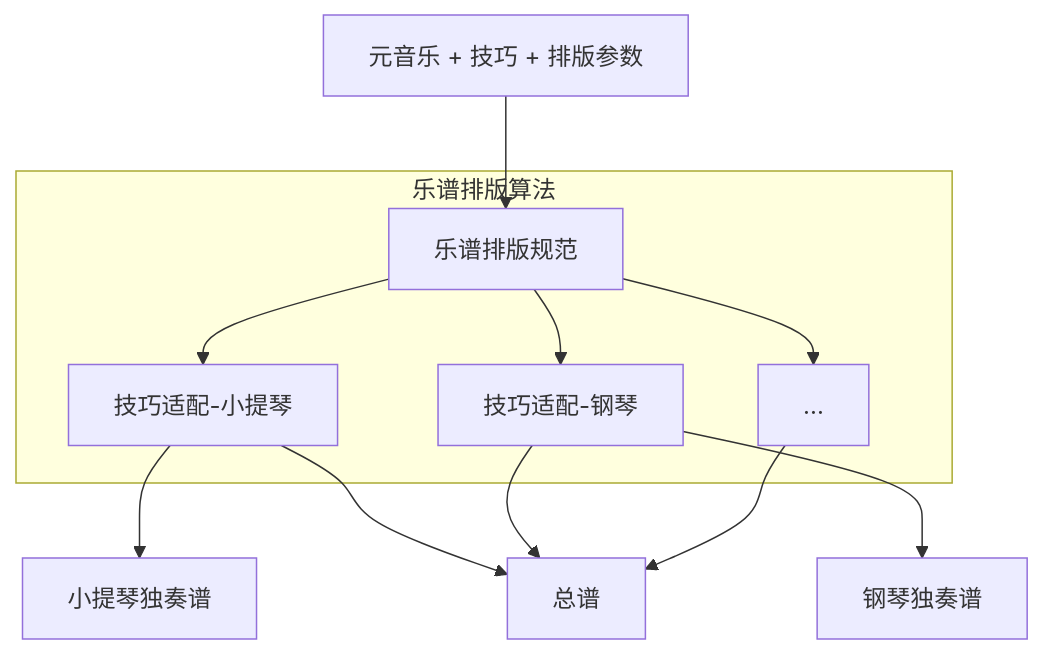
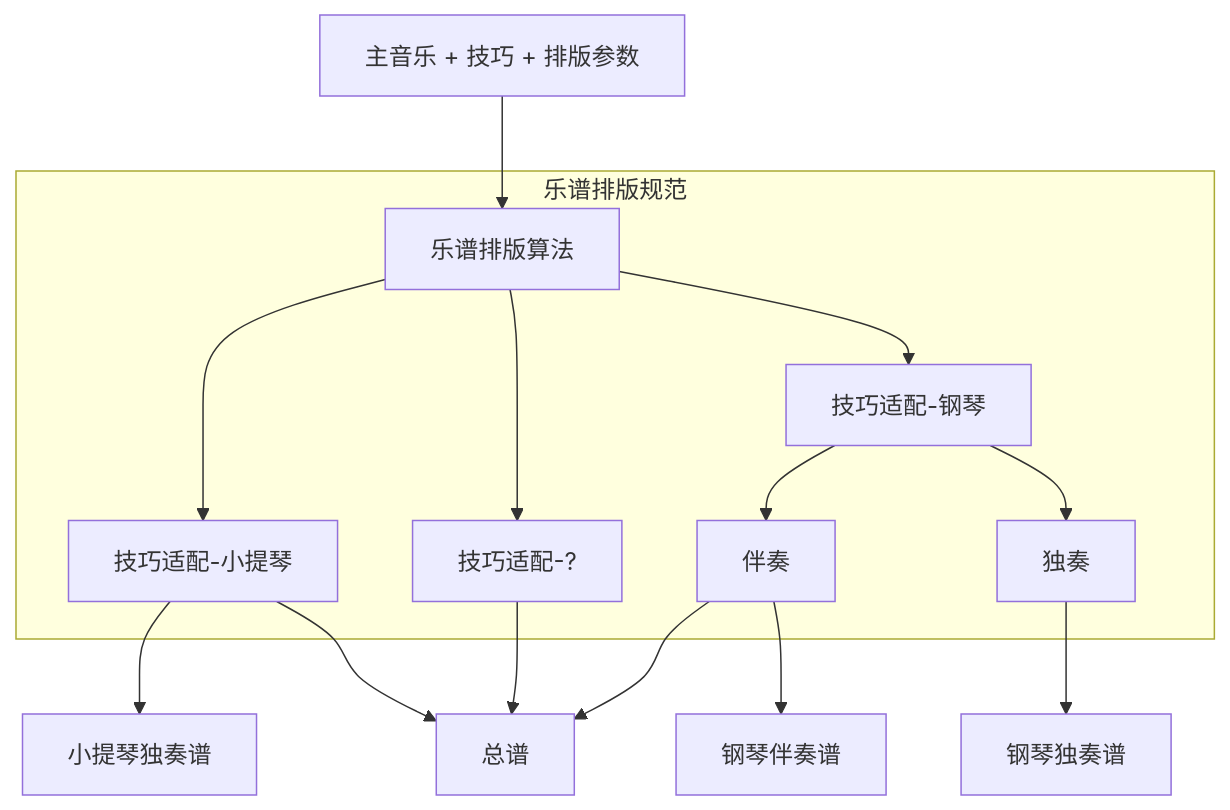
The second of 2 diagrams in README.md (PabulumExpress/music-notation-specification), drawn with Mermaid before and after one commit. The commit also changed other lines of this file and 7 other files, not shown here.

````diff
--- a/README.md
+++ b/README.md
@@ -36,14 +40,17 @@
 ```mermaid
 graph TD;
-  A[元音乐 + 技巧 + 排版参数]-->B[乐谱排版规范]
-  subgraph 乐谱排版算法
+  A[主音乐 + 技巧 + 排版参数]-->B[乐谱排版算法]
+  subgraph 乐谱排版规范
   B-->C[技巧适配-小提琴]
   B-->D[技巧适配-钢琴]
-  B-->H[...]
+  D-->D2[伴奏]
+  D-->D1[独奏]
+  B-->X[技巧适配-?]
   end
   C-->G[小提琴独奏谱]
-  D-->I[钢琴独奏谱]
+  D1-->I[钢琴独奏谱]
+  D2-->N[钢琴伴奏谱]
   C-->E[总谱]
-  D-->E
-  H-->E
+  X-->E
+  D2-->E
 ```
````
